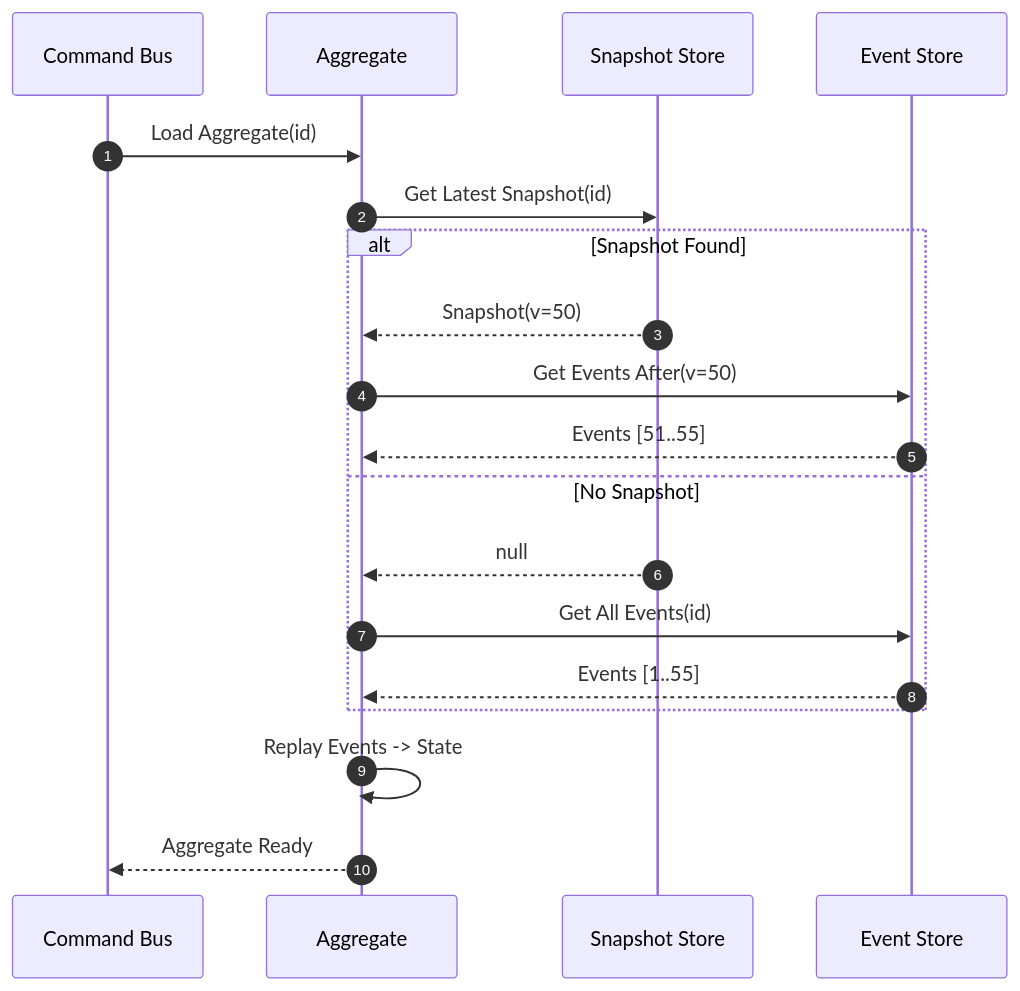
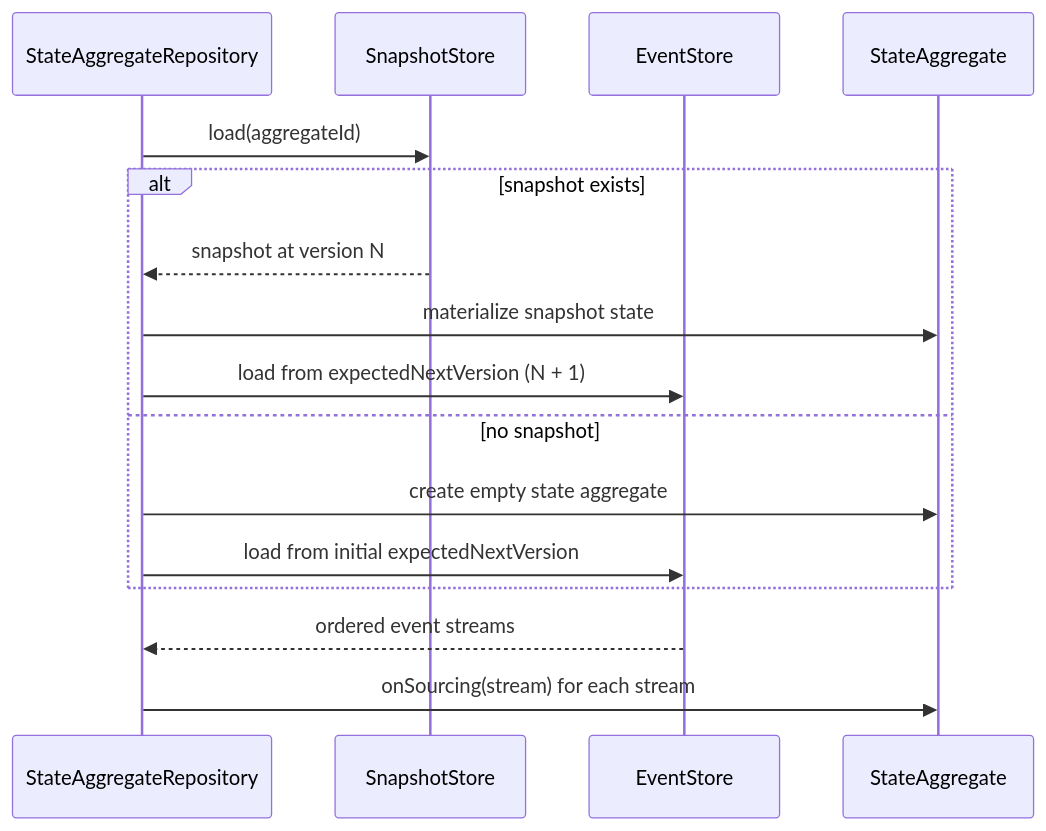
Before and after one commit to Ahoo-Wang/Wow: the first of 3 diagrams in documentation/docs/en/guide/snapshot.md, drawn with Mermaid. The commit also changed other lines of this file and 166 other files, not shown here.

````diff
--- a/documentation/docs/en/guide/snapshot.md
+++ b/documentation/docs/en/guide/snapshot.md
@@ -27,22 +31,19 @@
 ```mermaid
 sequenceDiagram
-    autonumber
-    participant CB as Command Bus
-    participant AG as Aggregate
-    participant SS as Snapshot Store
-    participant ES as Event Store
+    participant R as StateAggregateRepository
+    participant S as SnapshotStore
+    participant E as EventStore
+    participant A as StateAggregate
 
-    CB->>AG: Load Aggregate(id)
-    AG->>SS: Get Latest Snapshot(id)
-    alt Snapshot Found
-        SS-->>AG: Snapshot(v=50)
-        AG->>ES: Get Events After(v=50)
-        ES-->>AG: Events [51..55]
-    else No Snapshot
-        SS-->>AG: null
-        AG->>ES: Get All Events(id)
-        ES-->>AG: Events [1..55]
+    R->>S: load(aggregateId)
+    alt snapshot exists
+        S-->>R: snapshot at version N
+        R->>A: materialize snapshot state
+        R->>E: load from expectedNextVersion (N + 1)
+    else no snapshot
+        R->>A: create empty state aggregate
+        R->>E: load from initial expectedNextVersion
     end
-    AG->>AG: Replay Events -> State
-    AG-->>CB: Aggregate Ready
+    E-->>R: ordered event streams
+    R->>A: onSourcing(stream) for each stream
 ```
````
